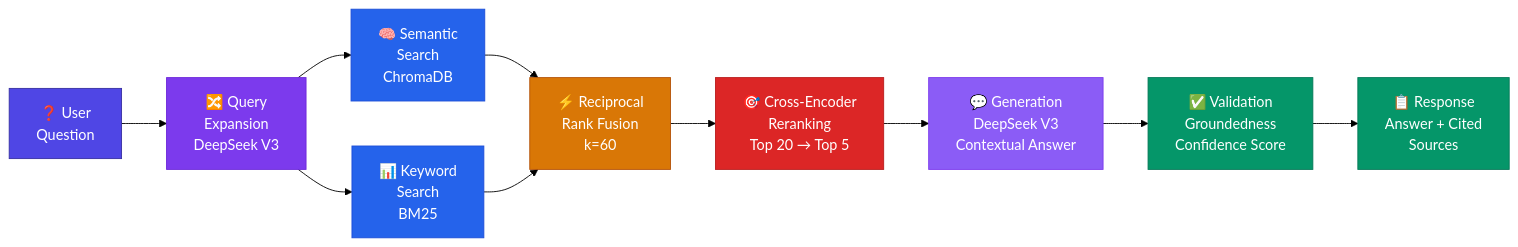
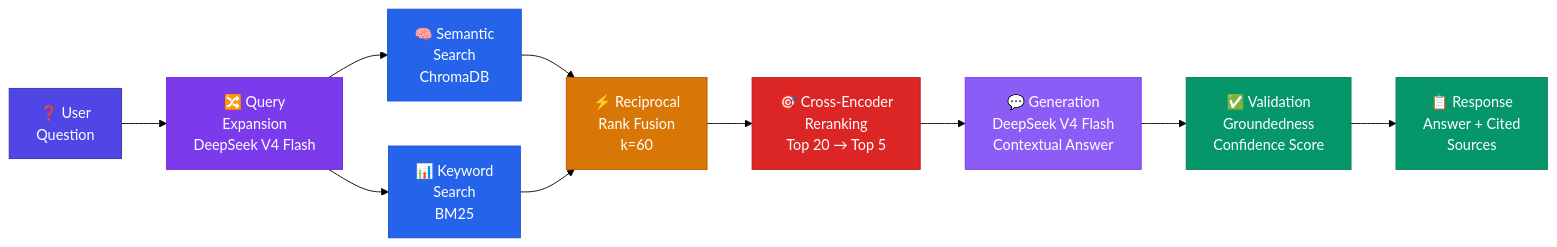
Before and after one commit to darylrafael/rag-document-intelligence: the second of 2 diagrams in README.md, drawn with Mermaid (forest theme). The commit also changed other lines of this file and 3 other files, not shown here.

Commit message:
Change LLM model configuration to DeepSeek V4 Flash

````diff
--- a/README.md
+++ b/README.md
@@ -55,22 +55,22 @@
 ```mermaid
 flowchart LR
-    Q["❓ User\nQuestion"] --> EX["🔀 Query\nExpansion\nDeepSeek V3"]
+    Q["❓ User\nQuestion"] --> EX["🔀 Query\nExpansion\nDeepSeek V4 Flash"]
     EX --> S1["🧠 Semantic\nSearch\nChromaDB"]
     EX --> S2["📊 Keyword\nSearch\nBM25"]
     S1 --> RRF["⚡ Reciprocal\nRank Fusion\nk=60"]
     S2 --> RRF
     RRF --> RR["🎯 Cross-Encoder\nReranking\nTop 20 → Top 5"]
-    RR --> GEN["💬 Generation\nDeepSeek V3\nContextual Answer"]
+    RR --> GEN["💬 Generation\nDeepSeek V4 Flash\nContextual Answer"]
     GEN --> VAL["✅ Validation\nGroundedness\nConfidence Score"]
     VAL --> OUT["📋 Response\nAnswer + Cited\nSources"]
 
     style Q fill:#4f46e5,stroke:#3730a3,color:#fff
     style EX fill:#7c3aed,stroke:#6d28d9,color:#fff
     style S1 fill:#2563eb,stroke:#1d4ed8,color:#fff
     style S2 fill:#2563eb,stroke:#1d4ed8,color:#fff
     style RRF fill:#d97706,stroke:#b45309,color:#fff
     style RR fill:#dc2626,stroke:#b91c1c,color:#fff
     style GEN fill:#8b5cf6,stroke:#7c3aed,color:#fff
     style VAL fill:#059669,stroke:#047857,color:#fff
     style OUT fill:#059669,stroke:#047857,color:#fff
 ```
````
